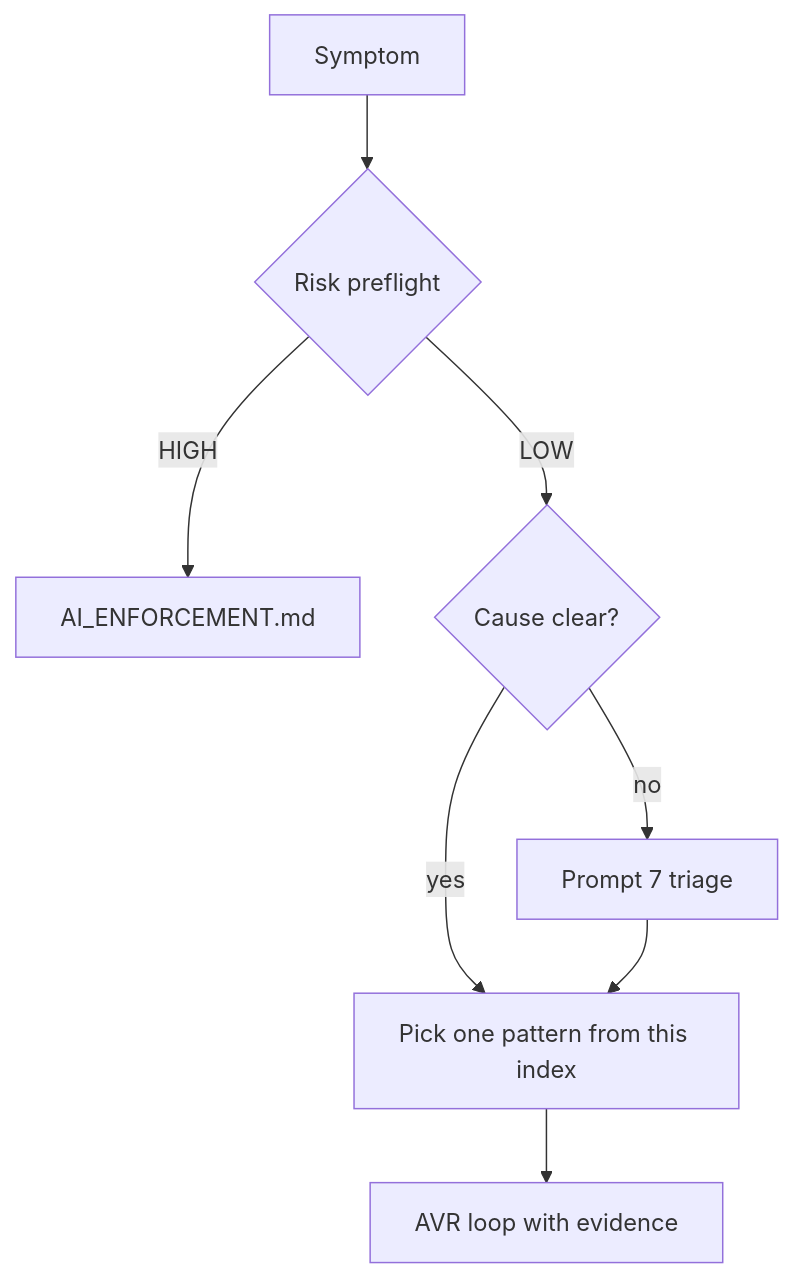
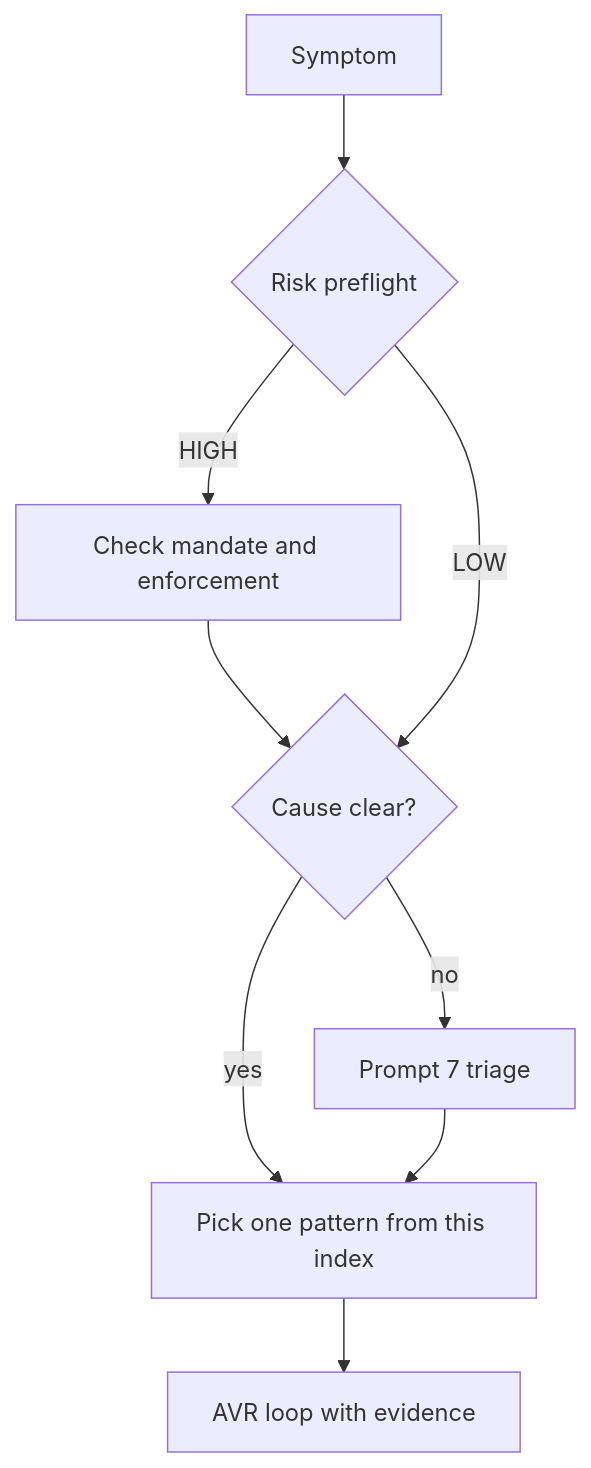
Before and after one commit to rhemzal/AI_governance: the diagram in usage/DEBUGGING_INDEX.md, drawn with Mermaid. The commit also changed other lines of this file and 42 other files, not shown here.

````diff
--- a/usage/DEBUGGING_INDEX.md
+++ b/usage/DEBUGGING_INDEX.md
@@ -13,10 +13,11 @@
 ```mermaid
 flowchart TD
   symptom[Symptom] --> risk{Risk preflight}
-  risk -->|HIGH| stop[AI_ENFORCEMENT.md]
+  risk -->|HIGH| mandate[Check mandate and enforcement]
+  mandate --> clear
   risk -->|LOW| clear{Cause clear?}
   clear -->|no| p7[Prompt 7 triage]
   clear -->|yes| index[Pick one pattern from this index]
   p7 --> index
   index --> avr[AVR loop with evidence]
 ```
````
